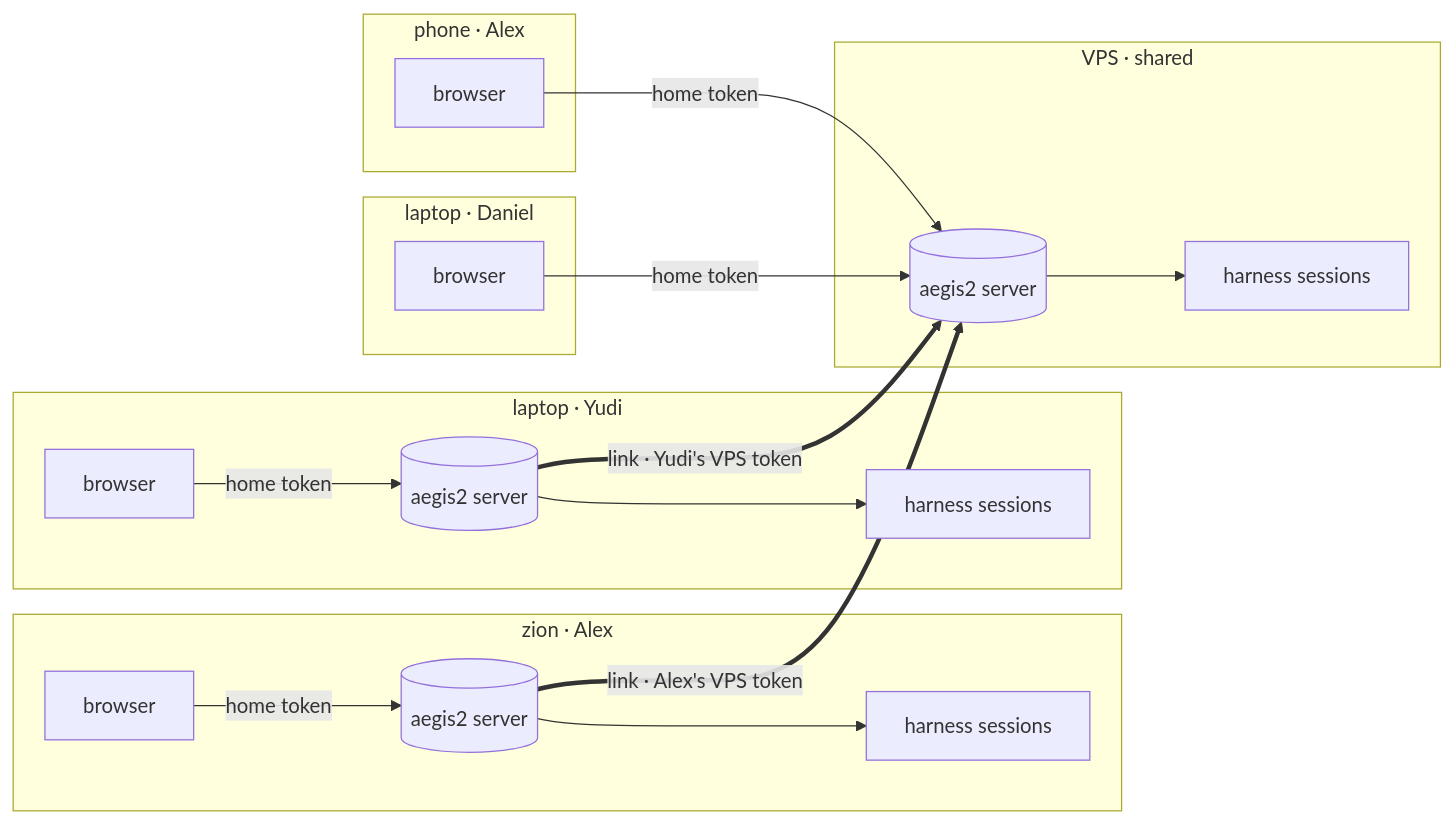
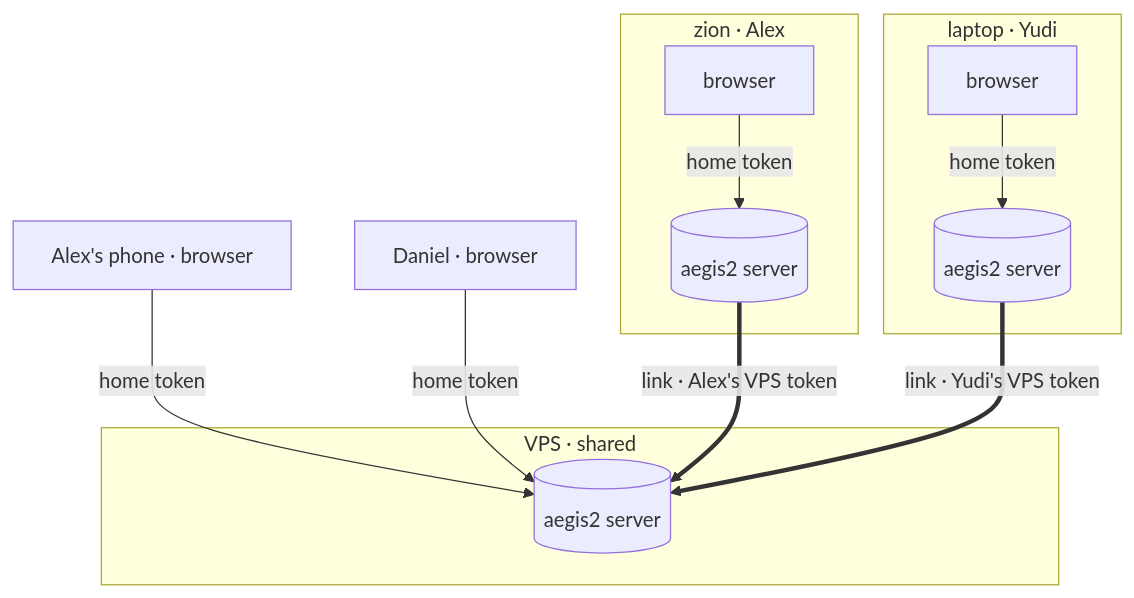
The first of 6 diagrams in docs/superpowers/specs/2026-10-05-aegis2-vision-design.md (apiad/aegis), drawn with Mermaid before and after one commit. The commit also changed other lines of this file and 1 other file, not shown here.

Commit message:
docs(spec): aegis2 vision diagrams readable, add HTML companion
Redraw the topology and server diagrams so the links and labels read, fix a
semicolon that broke the decision-panel sequence diagram, and add the
self-contained HTML companion with the diagrams pre-rendered as SVG.

````diff
--- a/docs/superpowers/specs/2026-10-05-aegis2-vision-design.md
+++ b/docs/superpowers/specs/2026-10-05-aegis2-vision-design.md
@@ -56,24 +56,16 @@
 ```mermaid
-flowchart LR
+flowchart TB
+  subgraph vps["VPS · shared"]
+    VS[(aegis2 server)]
+  end
   subgraph zion["zion · Alex"]
     AB[browser] -->|home token| ZS[(aegis2 server)]
-    ZS --> ZH[harness sessions]
-  end
-  subgraph phone["phone · Alex"]
-    PB[browser]
   end
   subgraph yudi["laptop · Yudi"]
     YB[browser] -->|home token| YS[(aegis2 server)]
-    YS --> YH[harness sessions]
   end
-  subgraph daniel["laptop · Daniel"]
-    DB[browser]
-  end
-  subgraph vps["VPS · shared"]
-    VS[(aegis2 server)] --> VH[harness sessions]
-  end
+  PB[Alex's phone · browser] -->|home token| VS
+  DB[Daniel · browser] -->|home token| VS
   ZS ==>|"link · Alex's VPS token"| VS
   YS ==>|"link · Yudi's VPS token"| VS
-  PB -->|home token| VS
-  DB -->|home token| VS
 ```
````
